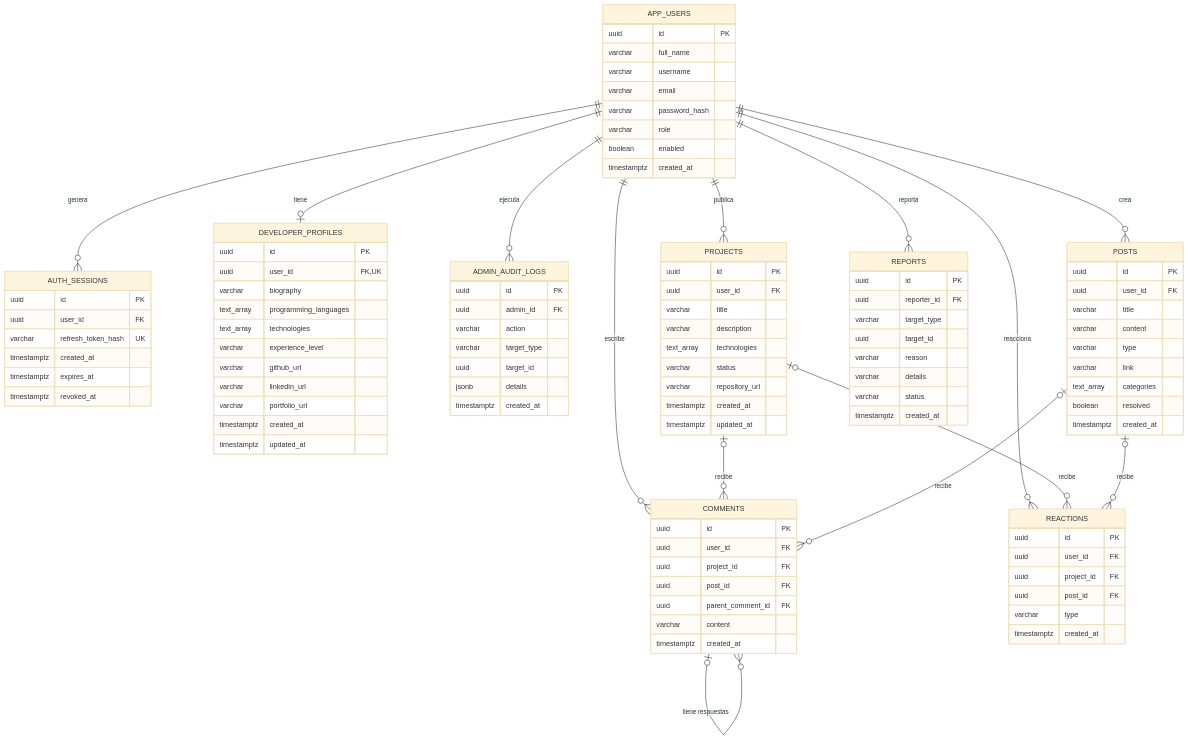
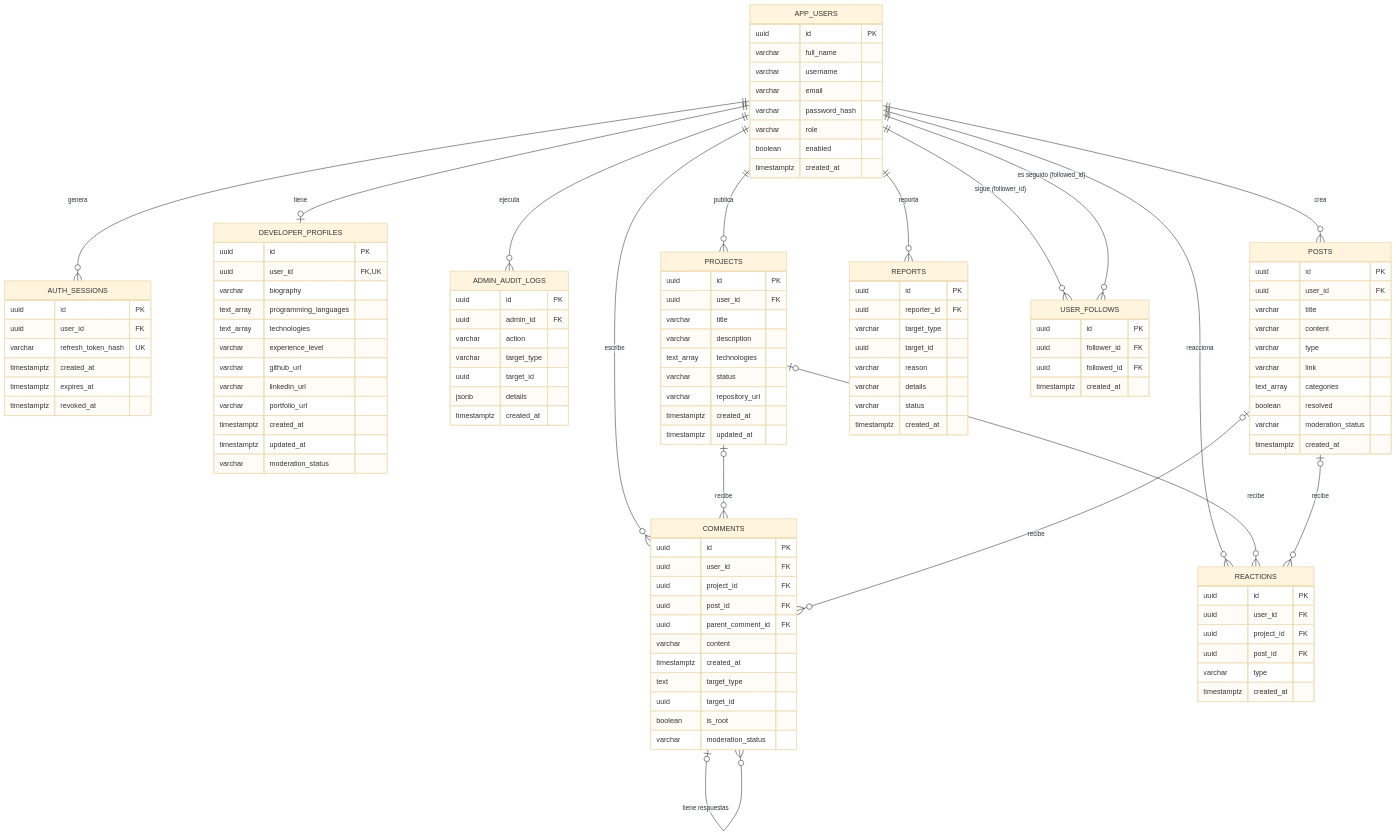
One commit to dipper-ing/EAV02-Bases-De-Datos changed the diagram in README.md. Above: the diagram before and after it, drawn with Mermaid (base theme). The commit also changed other lines of this file and 2 other files, not shown here.

```diff
--- a/README.md
+++ b/README.md
@@ -95,6 +95,8 @@
     PROJECTS o|--o{ REACTIONS : "recibe"
     POSTS o|--o{ REACTIONS : "recibe"
     COMMENTS o|--o{ COMMENTS : "tiene respuestas"
+    APP_USERS ||--o{ USER_FOLLOWS : "sigue (follower_id)"
+    APP_USERS ||--o{ USER_FOLLOWS : "es seguido (followed_id)"
 
     APP_USERS {
         uuid id PK
@@ -128,6 +130,7 @@
         varchar portfolio_url
         timestamptz created_at
         timestamptz updated_at
+        varchar moderation_status
     }
 
     ADMIN_AUDIT_LOGS {
@@ -161,6 +164,7 @@
         varchar link
         text_array categories
         boolean resolved
+        varchar moderation_status
         timestamptz created_at
     }
 
@@ -172,6 +176,10 @@
         uuid parent_comment_id FK
         varchar content
         timestamptz created_at
+        text target_type
+        uuid target_id
+        boolean is_root
+        varchar moderation_status
     }
 
     REACTIONS {
@@ -180,6 +188,13 @@
         uuid project_id FK
         uuid post_id FK
         varchar type
+        timestamptz created_at
+    }
+
+    USER_FOLLOWS {
+        uuid id PK
+        uuid follower_id FK
+        uuid followed_id FK
         timestamptz created_at
     }
 
```
